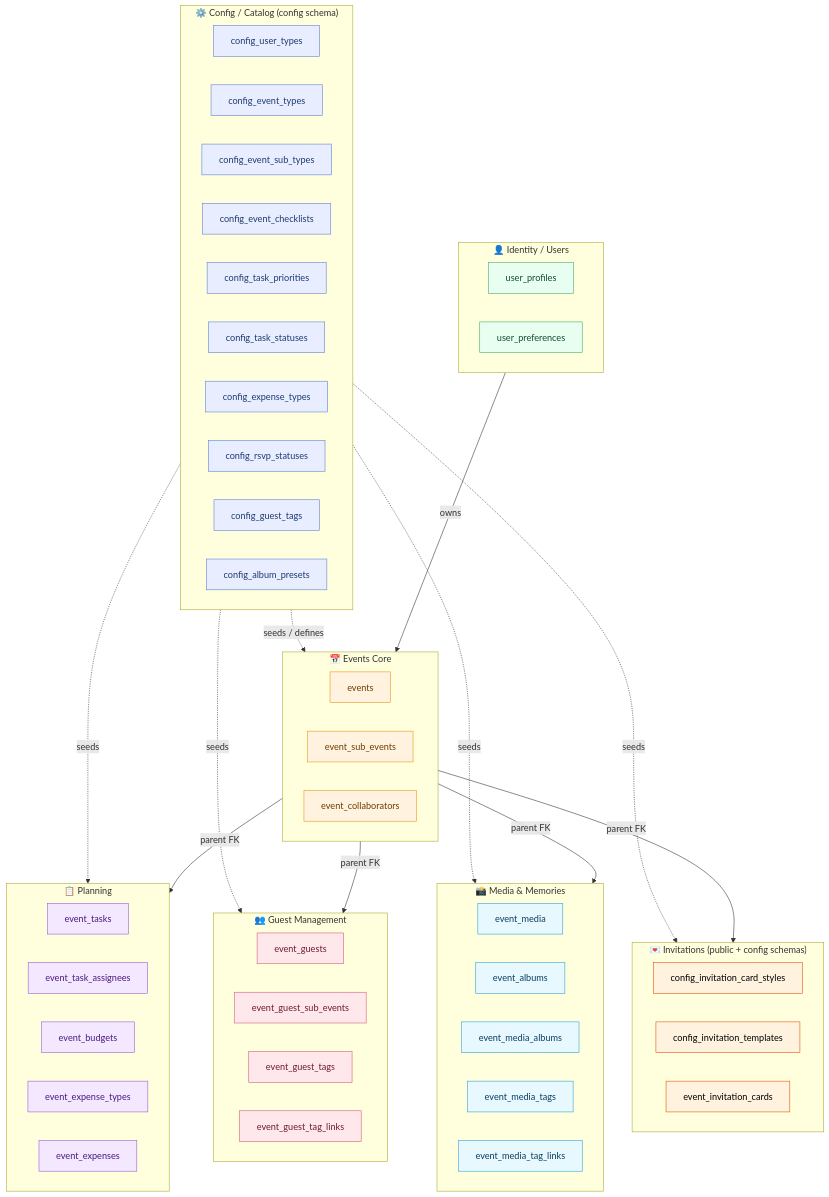
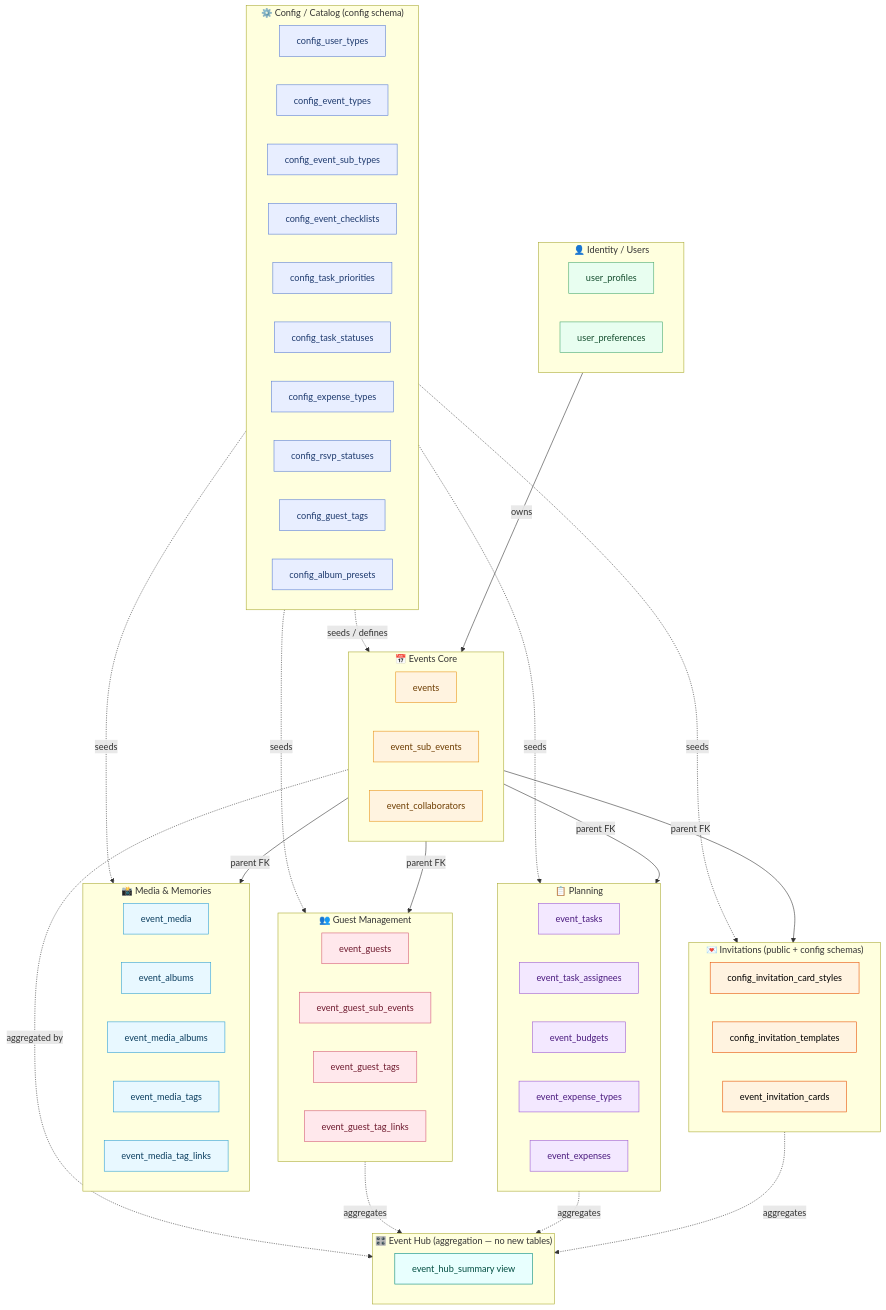
Before and after one commit to evenzi-official/Evenzi: the first of 6 diagrams in docs/data-model/ERD.md, drawn with Mermaid. The commit also changed other lines of this file and 1 other file, not shown here.

First line of the commit message:
feat(db): event hub data model (hub_01–hub_03)

````diff
--- a/docs/data-model/ERD.md
+++ b/docs/data-model/ERD.md
@@ -65,6 +65,10 @@
     EIC[event_invitation_cards]
   end
 
+  subgraph HUB["🎛️ Event Hub  (aggregation — no new tables)"]
+    EHS[event_hub_summary view]
+  end
+
   CFG -. "seeds / defines" .-> CORE
   CFG -. "seeds" .-> PLN
   CFG -. "seeds" .-> GST
@@ -75,6 +79,10 @@
   CORE -- "parent FK" --> GST
   CORE -- "parent FK" --> MED
   CORE -- "parent FK" --> INV
+  CORE -. "aggregated by" .-> HUB
+  GST -. "aggregates" .-> HUB
+  PLN -. "aggregates" .-> HUB
+  INV -. "aggregates" .-> HUB
 
   classDef cfg fill:#e8eeff,stroke:#5b7fd4,color:#1e3a6e;
   classDef usr fill:#e8fef0,stroke:#47a86e,color:#144d2e;
@@ -83,6 +91,7 @@
   classDef gst fill:#ffe8ec,stroke:#d45b74,color:#6e1a2e;
   classDef med fill:#e8f8ff,stroke:#2e9fd4,color:#0a3d5e;
   classDef inv fill:#fff3e0,stroke:#e65100,color:#000;
+  classDef hub fill:#e8fffe,stroke:#00897b,color:#004d40;
 
   class CUT,CET,CEST,CEC,CTP,CTS,CEXT,CRS,CGT,CAP cfg;
   class UP,UPR usr;
@@ -91,4 +100,5 @@
   class EG,EGSE,EGT,EGTL gst;
   class EM,EA,EMA,EMT,EMTL med;
   class CIS,CIT,EIC inv;
+  class EHS hub;
 ```
````
